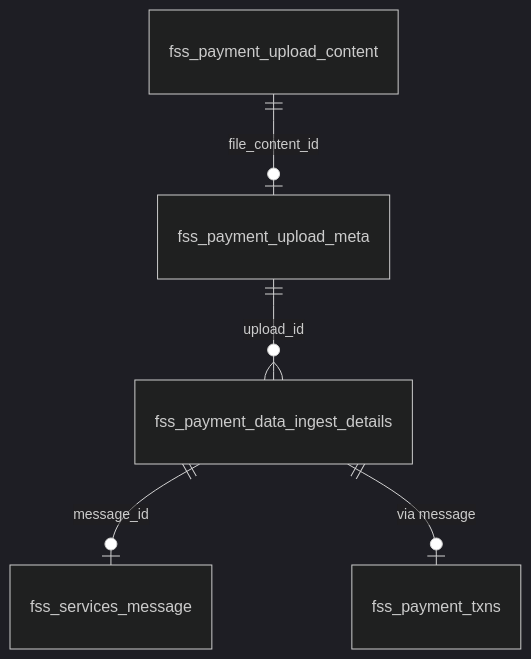
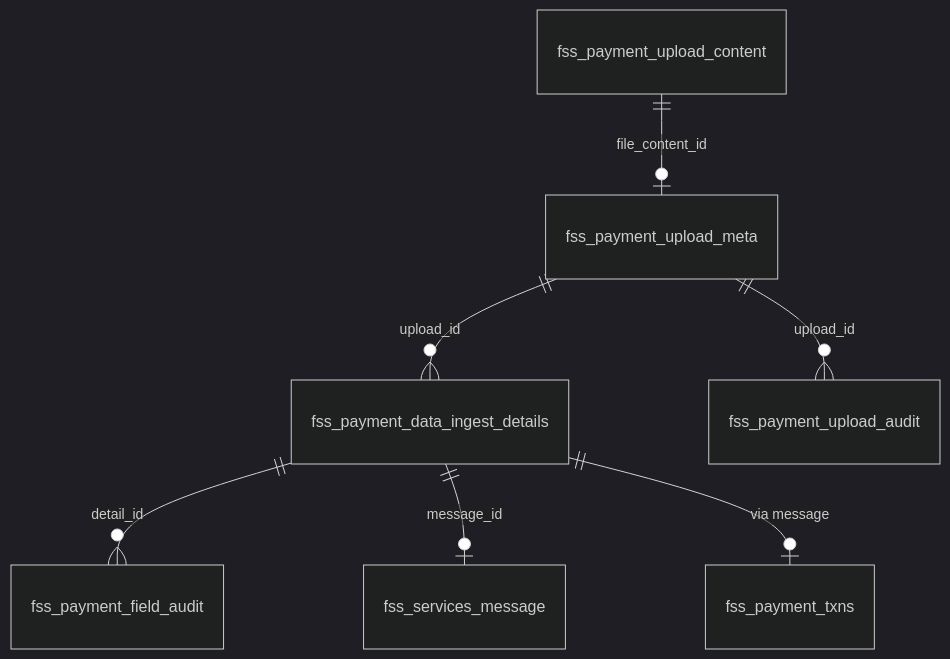
Before and after one commit to suresh0731/payment: the sixth of 7 diagrams in final/IDP_LLD.md, drawn with Mermaid (dark theme). The commit also changed other lines of this file and 5 other files, not shown here.

````diff
--- a/final/IDP_LLD.md
+++ b/final/IDP_LLD.md
@@ -423,7 +548,9 @@
 ```mermaid
 erDiagram
     fss_payment_upload_content ||--o| fss_payment_upload_meta : "file_content_id"
     fss_payment_upload_meta ||--o{ fss_payment_data_ingest_details : "upload_id"
+    fss_payment_upload_meta ||--o{ fss_payment_upload_audit : "upload_id"
+    fss_payment_data_ingest_details ||--o{ fss_payment_field_audit : "detail_id"
     fss_payment_data_ingest_details ||--o| fss_services_message : "message_id"
     fss_payment_data_ingest_details ||--o| fss_payment_txns : "via message"
 ```
````
